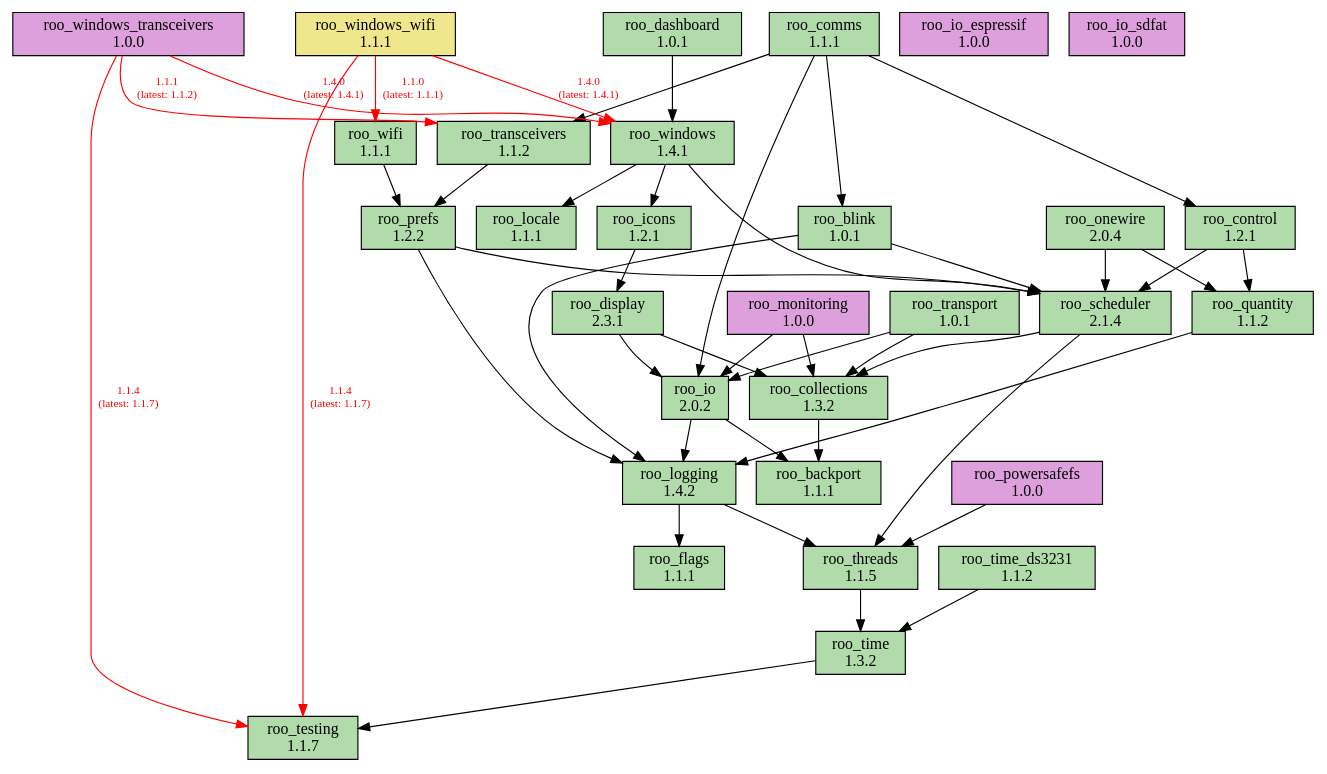
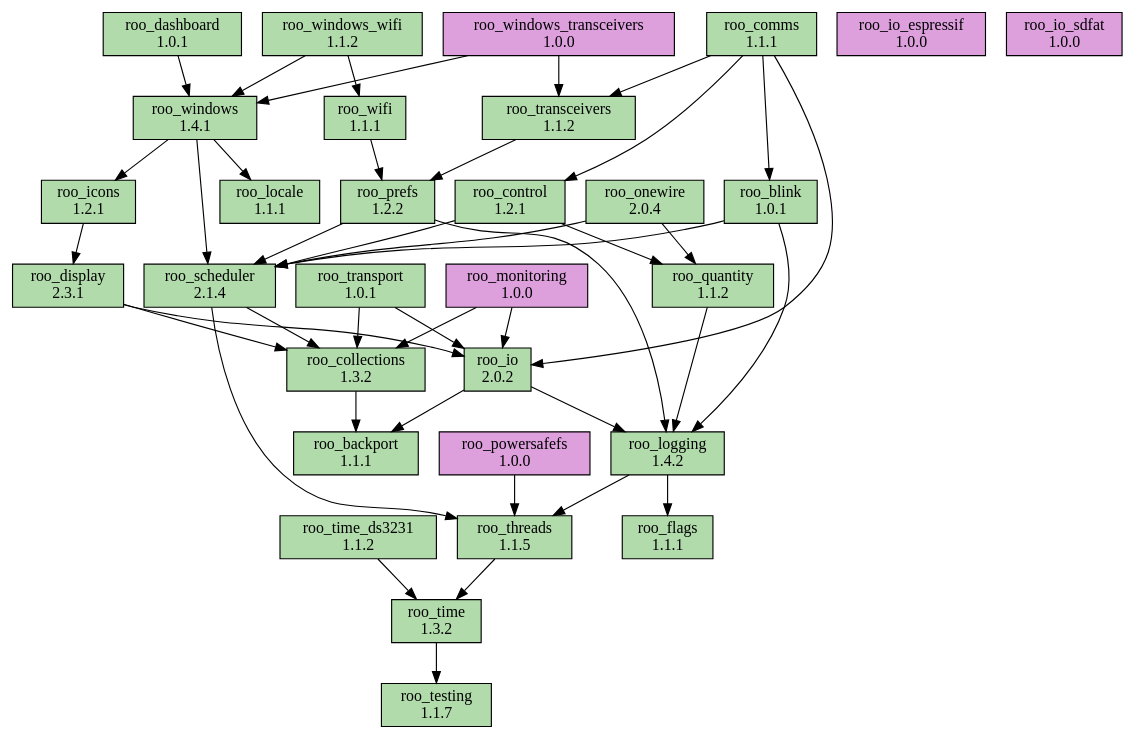
Before and after one commit to dejwk/roo-registry: the diagram in doc/dependencies.dot, drawn with Graphviz. The commit also changed 3 other files, not shown here.

Commit message:
Added roo_windows_wifi 1.1.2 to the registry.

```diff
--- a/doc/dependencies.dot
+++ b/doc/dependencies.dot
@@ -1,82 +1,80 @@
 digraph dependencies {
     rankdir=TB;
     node [shape=box, style=filled];
     edge [fontsize=10];
 
     // Modules
     "roo_backport" [label="roo_backport\n1.1.1", fillcolor="#b1dbab"];
     "roo_blink" [label="roo_blink\n1.0.1", fillcolor="#b1dbab"];
     "roo_collections" [label="roo_collections\n1.3.2", fillcolor="#b1dbab"];
     "roo_comms" [label="roo_comms\n1.1.1", fillcolor="#b1dbab"];
     "roo_control" [label="roo_control\n1.2.1", fillcolor="#b1dbab"];
     "roo_dashboard" [label="roo_dashboard\n1.0.1", fillcolor="#b1dbab"];
     "roo_display" [label="roo_display\n2.3.1", fillcolor="#b1dbab"];
     "roo_flags" [label="roo_flags\n1.1.1", fillcolor="#b1dbab"];
     "roo_icons" [label="roo_icons\n1.2.1", fillcolor="#b1dbab"];
     "roo_io" [label="roo_io\n2.0.2", fillcolor="#b1dbab"];
     "roo_io_espressif" [label="roo_io_espressif\n1.0.0", fillcolor="plum"];
     "roo_io_sdfat" [label="roo_io_sdfat\n1.0.0", fillcolor="plum"];
     "roo_locale" [label="roo_locale\n1.1.1", fillcolor="#b1dbab"];
     "roo_logging" [label="roo_logging\n1.4.2", fillcolor="#b1dbab"];
     "roo_monitoring" [label="roo_monitoring\n1.0.0", fillcolor="plum"];
     "roo_onewire" [label="roo_onewire\n2.0.4", fillcolor="#b1dbab"];
     "roo_powersafefs" [label="roo_powersafefs\n1.0.0", fillcolor="plum"];
     "roo_prefs" [label="roo_prefs\n1.2.2", fillcolor="#b1dbab"];
     "roo_quantity" [label="roo_quantity\n1.1.2", fillcolor="#b1dbab"];
     "roo_scheduler" [label="roo_scheduler\n2.1.4", fillcolor="#b1dbab"];
     "roo_testing" [label="roo_testing\n1.1.7", fillcolor="#b1dbab"];
     "roo_threads" [label="roo_threads\n1.1.5", fillcolor="#b1dbab"];
     "roo_time" [label="roo_time\n1.3.2", fillcolor="#b1dbab"];
     "roo_time_ds3231" [label="roo_time_ds3231\n1.1.2", fillcolor="#b1dbab"];
     "roo_transceivers" [label="roo_transceivers\n1.1.2", fillcolor="#b1dbab"];
     "roo_transport" [label="roo_transport\n1.0.1", fillcolor="#b1dbab"];
     "roo_wifi" [label="roo_wifi\n1.1.1", fillcolor="#b1dbab"];
     "roo_windows" [label="roo_windows\n1.4.1", fillcolor="#b1dbab"];
     "roo_windows_transceivers" [label="roo_windows_transceivers\n1.0.0", fillcolor="plum"];
-    "roo_windows_wifi" [label="roo_windows_wifi\n1.1.1", fillcolor="khaki"];
+    "roo_windows_wifi" [label="roo_windows_wifi\n1.1.2", fillcolor="#b1dbab"];
 
     // Dependencies
     "roo_blink" -> "roo_logging";
     "roo_blink" -> "roo_scheduler";
     "roo_collections" -> "roo_backport";
     "roo_comms" -> "roo_blink";
     "roo_comms" -> "roo_control";
     "roo_comms" -> "roo_io";
     "roo_comms" -> "roo_transceivers";
     "roo_control" -> "roo_quantity";
     "roo_control" -> "roo_scheduler";
     "roo_dashboard" -> "roo_windows";
     "roo_display" -> "roo_collections";
     "roo_display" -> "roo_io";
     "roo_icons" -> "roo_display";
     "roo_io" -> "roo_backport";
     "roo_io" -> "roo_logging";
     "roo_logging" -> "roo_flags";
     "roo_logging" -> "roo_threads";
     "roo_monitoring" -> "roo_collections";
     "roo_monitoring" -> "roo_io";
     "roo_onewire" -> "roo_scheduler";
     "roo_onewire" -> "roo_quantity";
     "roo_powersafefs" -> "roo_threads";
     "roo_prefs" -> "roo_logging";
     "roo_prefs" -> "roo_scheduler";
     "roo_quantity" -> "roo_logging";
     "roo_scheduler" -> "roo_collections";
     "roo_scheduler" -> "roo_threads";
     "roo_threads" -> "roo_time";
     "roo_time" -> "roo_testing";
     "roo_time_ds3231" -> "roo_time";
     "roo_transceivers" -> "roo_prefs";
     "roo_transport" -> "roo_collections";
     "roo_transport" -> "roo_io";
     "roo_wifi" -> "roo_prefs";
     "roo_windows" -> "roo_locale";
     "roo_windows" -> "roo_icons";
     "roo_windows" -> "roo_scheduler";
-    "roo_windows_transceivers" -> "roo_testing" [color=red, fontcolor=red, label="1.1.4\n(latest: 1.1.7)"];
-    "roo_windows_transceivers" -> "roo_transceivers" [color=red, fontcolor=red, label="1.1.1\n(latest: 1.1.2)"];
-    "roo_windows_transceivers" -> "roo_windows" [color=red, fontcolor=red, label="1.4.0\n(latest: 1.4.1)"];
-    "roo_windows_wifi" -> "roo_testing" [color=red, fontcolor=red, label="1.1.4\n(latest: 1.1.7)"];
-    "roo_windows_wifi" -> "roo_wifi" [color=red, fontcolor=red, label="1.1.0\n(latest: 1.1.1)"];
-    "roo_windows_wifi" -> "roo_windows" [color=red, fontcolor=red, label="1.4.0\n(latest: 1.4.1)"];
+    "roo_windows_transceivers" -> "roo_transceivers";
+    "roo_windows_transceivers" -> "roo_windows";
+    "roo_windows_wifi" -> "roo_wifi";
+    "roo_windows_wifi" -> "roo_windows";
 }
```
